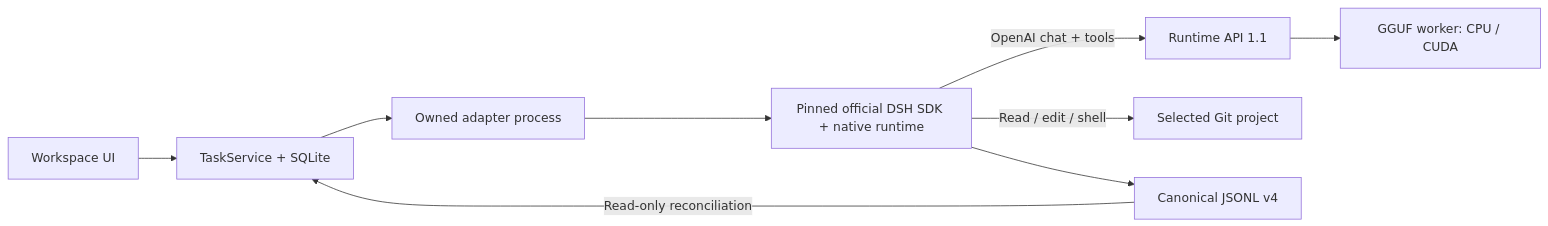
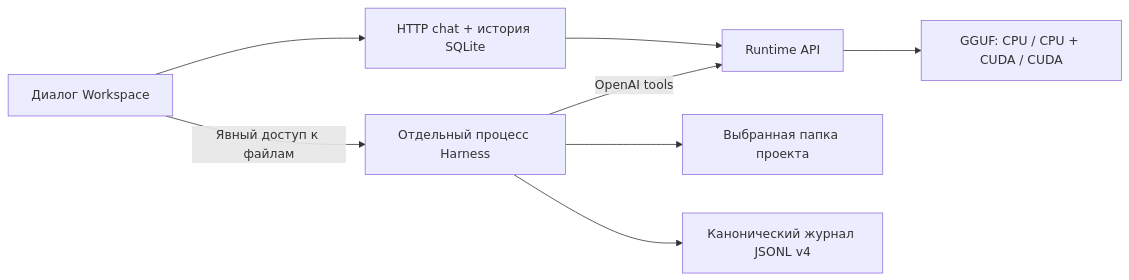
One commit to wladsergeew013-glitch/local_ai_gpp changed the diagram in docs/WORKSPACE.md. Above: the diagram before and after it, drawn with Mermaid. The commit also changed other lines of this file and 36 other files, not shown here.

Commit message:
Make Workspace chat-first and restore native pixel companion

````diff
--- a/docs/WORKSPACE.md
+++ b/docs/WORKSPACE.md
@@ -59,11 +58,10 @@
 ```mermaid
 flowchart LR
-  UI[Workspace UI] --> S[TaskService + SQLite]
-  S --> P[Owned adapter process]
-  P --> D[Pinned official DSH SDK + native runtime]
-  D -->|OpenAI chat + tools| R[Runtime API 1.1]
-  R --> M[GGUF worker: CPU / CUDA]
-  D -->|Read / edit / shell| G[Selected Git project]
-  D --> J[Canonical JSONL v4]
-  J -->|Read-only reconciliation| S
+  UI[Диалог Workspace] --> C[HTTP chat + история SQLite]
+  C --> R[Runtime API]
+  UI -->|Явный доступ к файлам| D[Отдельный процесс Harness]
+  D -->|OpenAI tools| R
+  D --> P[Выбранная папка проекта]
+  D --> J[Канонический журнал JSONL v4]
+  R --> M[GGUF: CPU / CPU + CUDA / CUDA]
 ```
````
